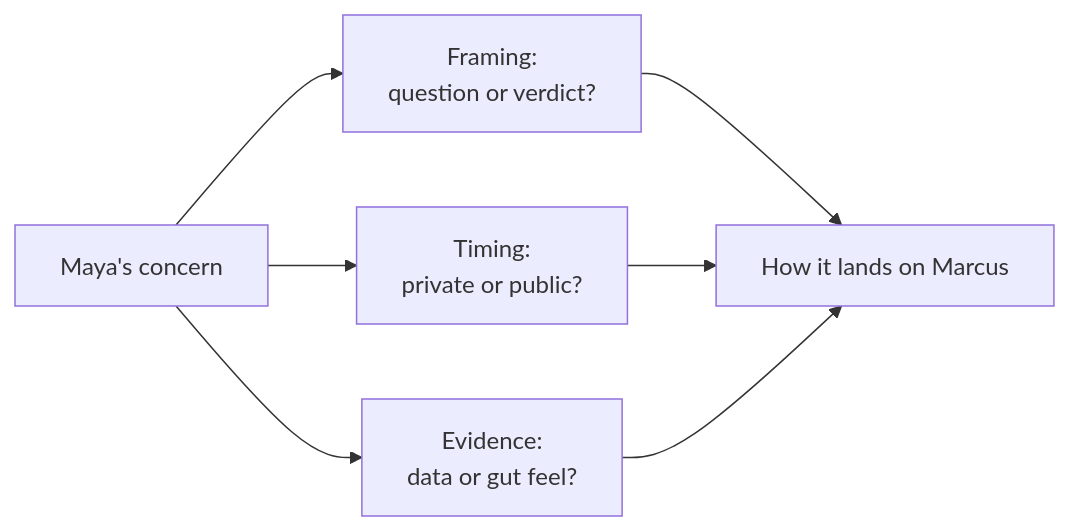
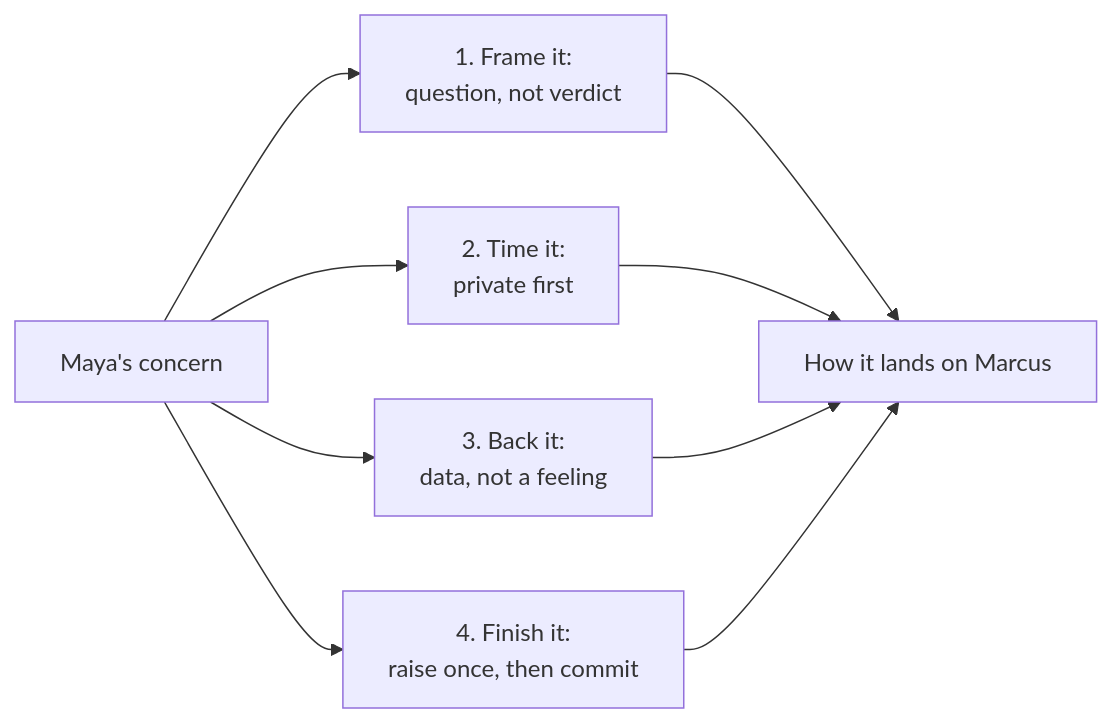
Before and after one commit to francoandreDev/knowledge: the diagram in src/content/business-communication/upward-disagreement/L1-summary.mdx, drawn with Mermaid. The commit also changed other lines of this file and 3 other files, not shown here.

````diff
--- a/src/content/business-communication/upward-disagreement/L1-summary.mdx
+++ b/src/content/business-communication/upward-disagreement/L1-summary.mdx
@@ -110,9 +109,11 @@
 ```mermaid
 flowchart LR
-    C["Maya's concern"] --> Fr["Framing:\nquestion or verdict?"]
-    C --> T["Timing:\nprivate or public?"]
-    C --> E["Evidence:\ndata or gut feel?"]
+    C["Maya's concern"] --> Fr["1. Frame it:\nquestion, not verdict"]
+    C --> T["2. Time it:\nprivate first"]
+    C --> E["3. Back it:\ndata, not a feeling"]
+    C --> F["4. Finish it:\nraise once, then commit"]
     Fr --> H["How it lands on Marcus"]
     T --> H
     E --> H
+    F --> H
 ```
````
